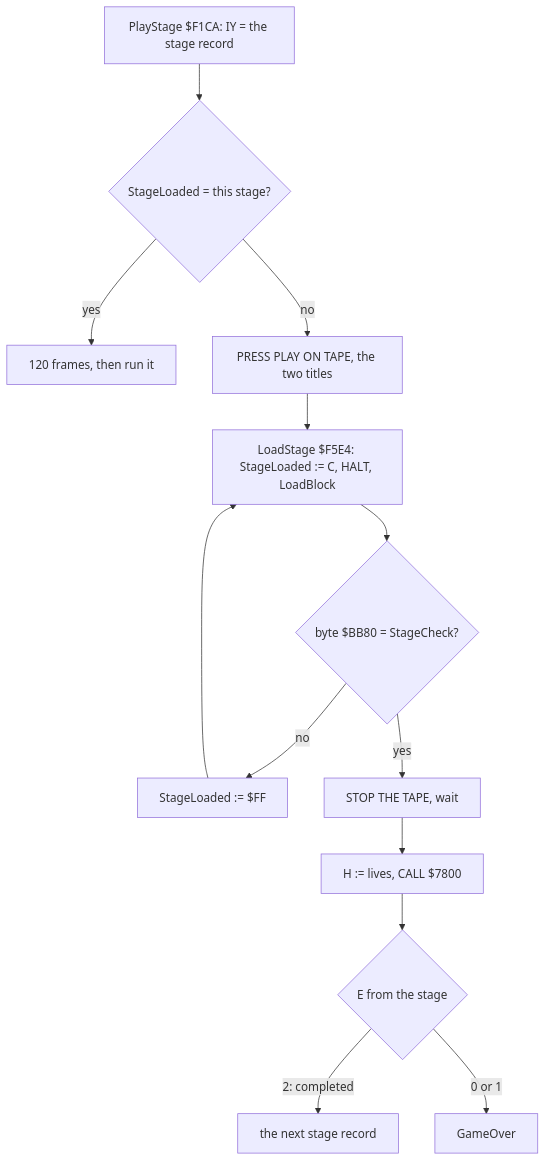
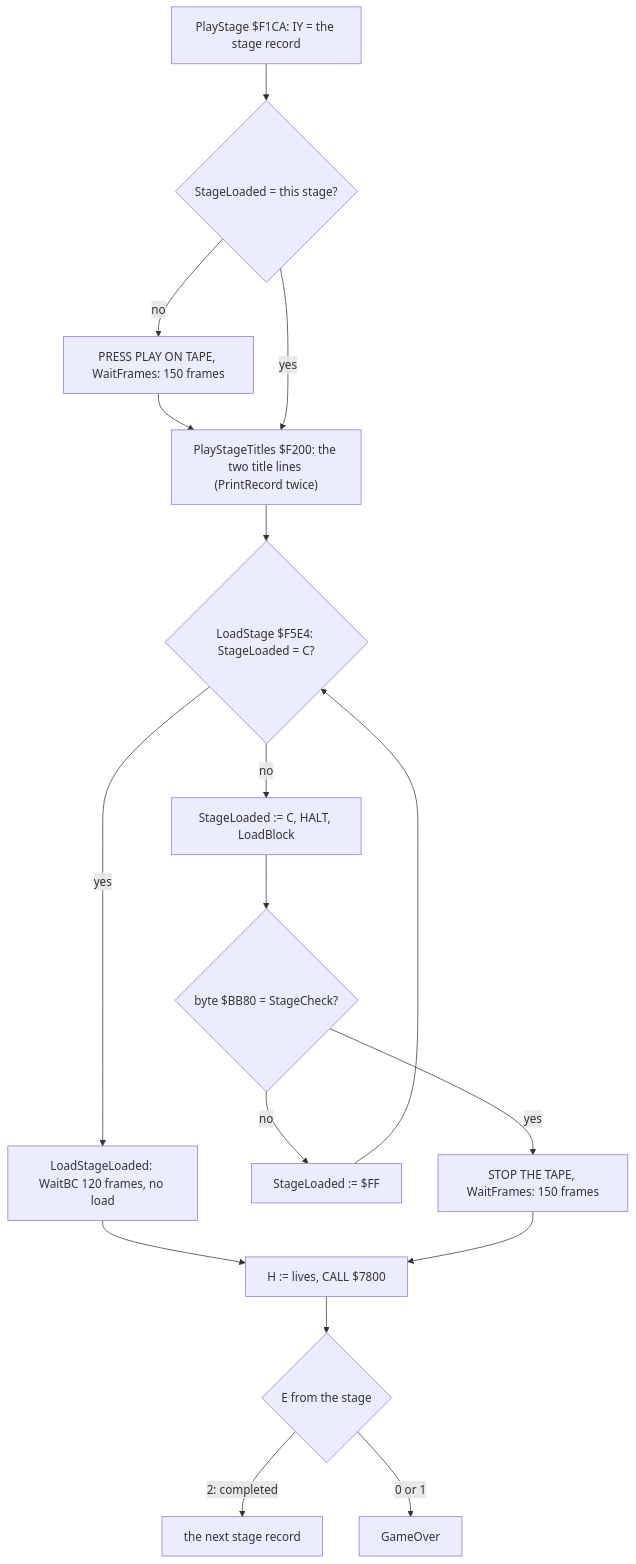
Before and after one commit to alfishe/unrealng-reverse-cases: the fifth of 7 diagrams in games/myth/docs/03-build-and-load.md, drawn with Mermaid. The commit also changed other lines of this file and 42 other files, not shown here.

Commit message:
Myth: review round 1 fixed (57 findings): waits at two HALTs a turn, the demon's tenth object, the deadly cell ahead of the head, enemies and bosses of stages 2-5 with asm, mermaid, animations and witnesses, maps and enemy sheets redrawn

````diff
--- a/games/myth/docs/03-build-and-load.md
+++ b/games/myth/docs/03-build-and-load.md
@@ -771,15 +773,19 @@
 ```mermaid
 flowchart TD
     A["PlayStage $F1CA: IY = the stage record"] --> B{"StageLoaded = this stage?"}
-    B -->|"yes"| R["120 frames, then run it"]
-    B -->|"no"| C["PRESS PLAY ON TAPE, the two titles"]
-    C --> D["LoadStage $F5E4: StageLoaded := C, HALT, LoadBlock"]
+    B -->|"no"| P["PRESS PLAY ON TAPE, WaitFrames: 150 frames"]
+    P --> T["PlayStageTitles $F200: the two title lines (PrintRecord twice)"]
+    B -->|"yes"| T
+    T --> L{"LoadStage $F5E4: StageLoaded = C?"}
+    L -->|"yes"| R["LoadStageLoaded: WaitBC 120 frames, no load"]
+    R --> H
+    L -->|"no"| D["StageLoaded := C, HALT, LoadBlock"]
     D --> E{"byte $BB80 = StageCheck?"}
     E -->|"no"| F["StageLoaded := $FF"]
-    F --> D
-    E -->|"yes"| G["STOP THE TAPE, wait"]
+    F --> L
+    E -->|"yes"| G["STOP THE TAPE, WaitFrames: 150 frames"]
     G --> H["H := lives, CALL $7800"]
     H --> I{"E from the stage"}
     I -->|"2: completed"| N["the next stage record"]
     I -->|"0 or 1"| O["GameOver"]
 ```
````
